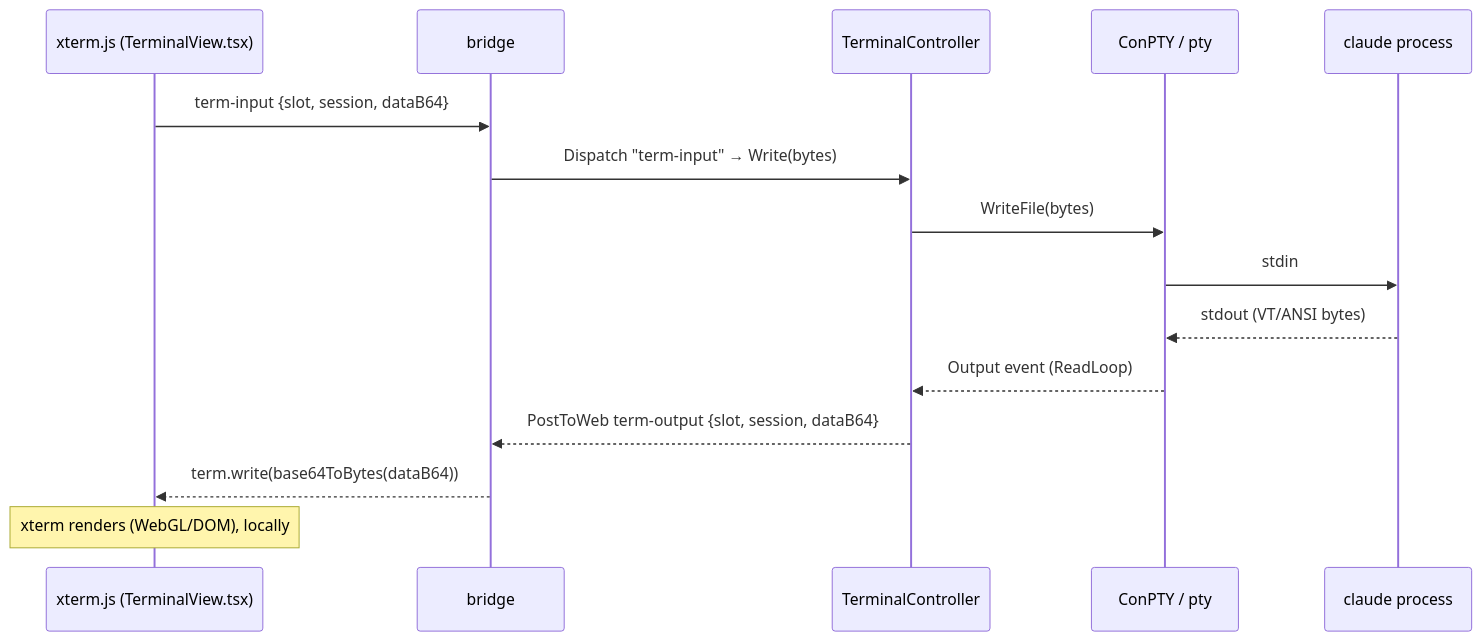
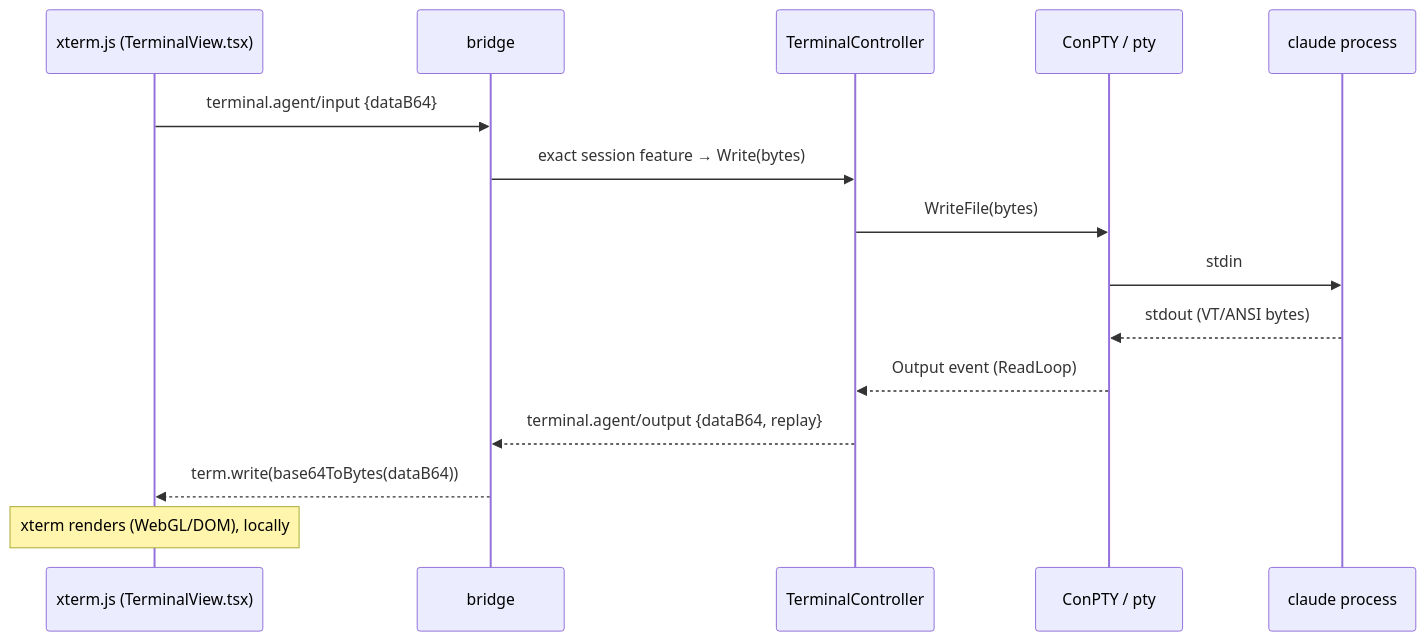
One commit to Kapps/weavie changed the third of 6 diagrams in docs/concepts/architecture-overview.md. Above: the diagram before and after it, drawn with Mermaid. The commit also changed other lines of this file and 302 other files, not shown here.

````diff
--- a/docs/concepts/architecture-overview.md
+++ b/docs/concepts/architecture-overview.md
@@ -129,18 +136,18 @@
 ```mermaid
 sequenceDiagram
     participant X as xterm.js (TerminalView.tsx)
     participant B as bridge
     participant TC as TerminalController
     participant PTY as ConPTY / pty
     participant CL as claude process
 
-    X->>B: term-input {slot, session, dataB64}
-    B->>TC: Dispatch "term-input" → Write(bytes)
+    X->>B: terminal.agent/input {dataB64}
+    B->>TC: exact session feature → Write(bytes)
     TC->>PTY: WriteFile(bytes)
     PTY->>CL: stdin
     CL-->>PTY: stdout (VT/ANSI bytes)
     PTY-->>TC: Output event (ReadLoop)
-    TC-->>B: PostToWeb term-output {slot, session, dataB64}
+    TC-->>B: terminal.agent/output {dataB64, replay}
     B-->>X: term.write(base64ToBytes(dataB64))
     Note over X: xterm renders (WebGL/DOM), locally
 ```
````
